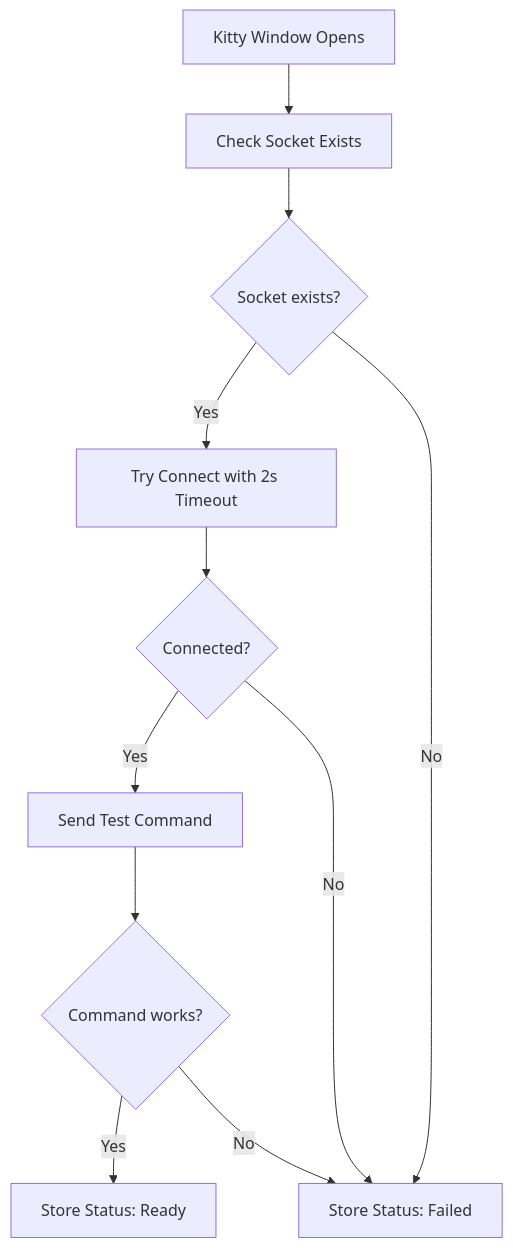
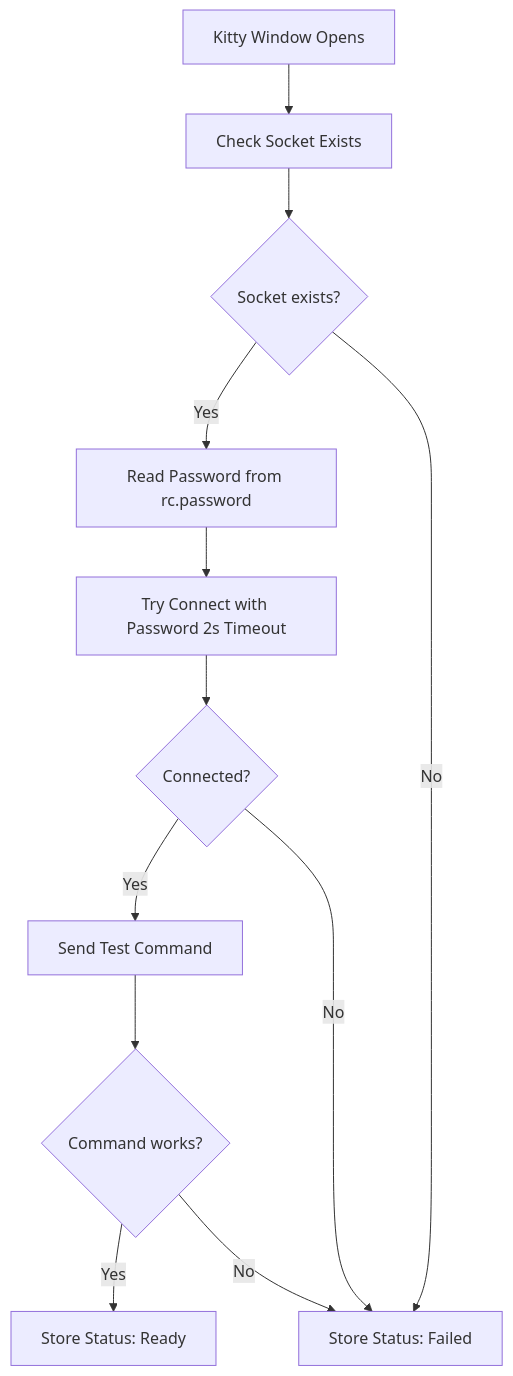
One commit to rektide/zooming-kittens changed the first of 3 diagrams in doc/PLAN-registry.md. Above: the diagram before and after it, drawn with Mermaid. The commit also changed other lines of this file and 1 other file, not shown here.

First line of the commit message:
Create beads ticket zk-5u2 for focus lost bug and update plan with password auth and reaping strategy

````diff
--- a/doc/PLAN-registry.md
+++ b/doc/PLAN-registry.md
@@ -108,23 +117,25 @@
 ```mermaid
 flowchart TD
     KittyWindowOpens[Kitty Window Opens]
     CheckSocket[Check Socket Exists]
     SocketExists{Socket exists?}
-    TryConnect[Try Connect with 2s Timeout]
+    ReadPassword[Read Password from rc.password]
+    TryConnect[Try Connect with Password 2s Timeout]
     ConnectSuccess{Connected?}
     VerifyWorks[Send Test Command]
     VerifySuccess{Command works?}
     StoreReady[Store Status: Ready]
     StoreFailed[Store Status: Failed]
 
     KittyWindowOpens --> CheckSocket
     CheckSocket --> SocketExists
-    SocketExists -->|Yes| TryConnect
+    SocketExists -->|Yes| ReadPassword
     SocketExists -->|No| StoreFailed
+    ReadPassword --> TryConnect
     TryConnect --> ConnectSuccess
     ConnectSuccess -->|Yes| VerifyWorks
     ConnectSuccess -->|No| StoreFailed
     VerifyWorks --> VerifySuccess
     VerifySuccess -->|Yes| StoreReady
     VerifySuccess -->|No| StoreFailed
 ```
````
